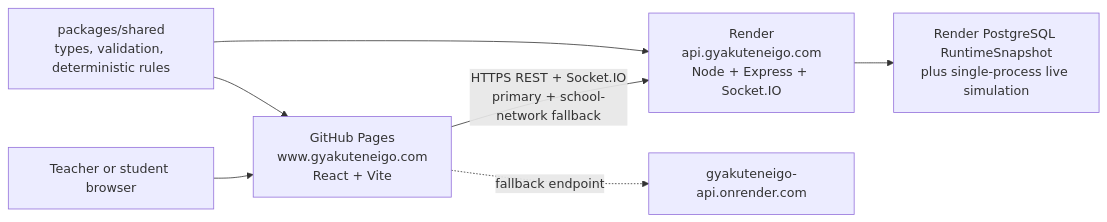
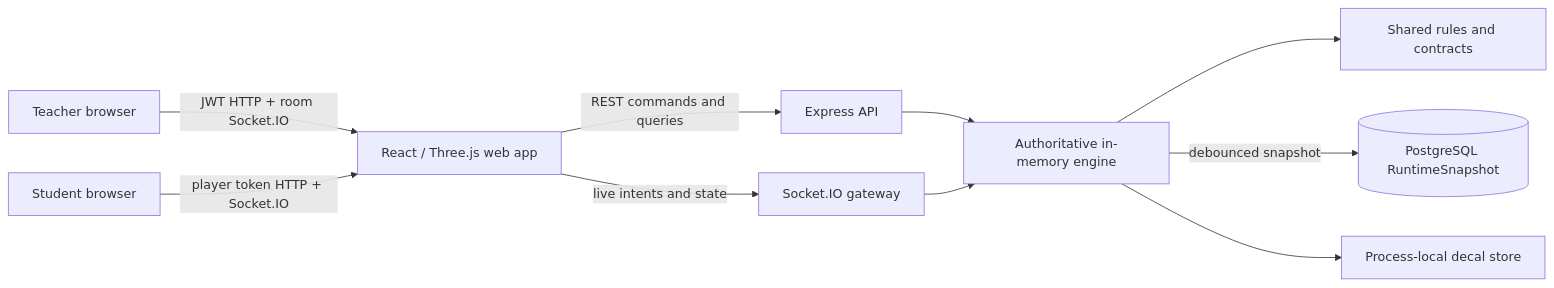
One commit to susume/GyakutenEigo changed the first of 3 diagrams in architecture.md. Above: the diagram before and after it, drawn with Mermaid. The commit also changed other lines of this file and 20 other files, not shown here.

````diff
--- a/architecture.md
+++ b/architecture.md
@@ -7,9 +15,12 @@
 ```mermaid
 flowchart LR
-  Visitor["Teacher or student browser"] --> Pages["GitHub Pages\nwww.gyakuteneigo.com\nReact + Vite"]
-  Pages -->|"HTTPS REST + Socket.IO\nprimary + school-network fallback"| Api["Render\napi.gyakuteneigo.com\nNode + Express + Socket.IO"]
-  Pages -.->|"fallback endpoint"| RenderUrl["gyakuteneigo-api.onrender.com"]
-  Api --> State["Render PostgreSQL RuntimeSnapshot\nplus single-process live simulation"]
-  Shared["packages/shared\ntypes, validation, deterministic rules"] --> Pages
-  Shared --> Api
+    T["Teacher browser"] -->|JWT HTTP + room Socket.IO| W["React / Three.js web app"]
+    S["Student browser"] -->|player token HTTP + Socket.IO| W
+    W -->|REST commands and queries| API["Express API"]
+    W -->|live intents and state| IO["Socket.IO gateway"]
+    API --> E["Authoritative in-memory engine"]
+    IO --> E
+    E --> K["Shared rules and contracts"]
+    E -->|debounced snapshot| DB[("PostgreSQL RuntimeSnapshot")]
+    E --> D["Process-local decal store"]
 ```
````
